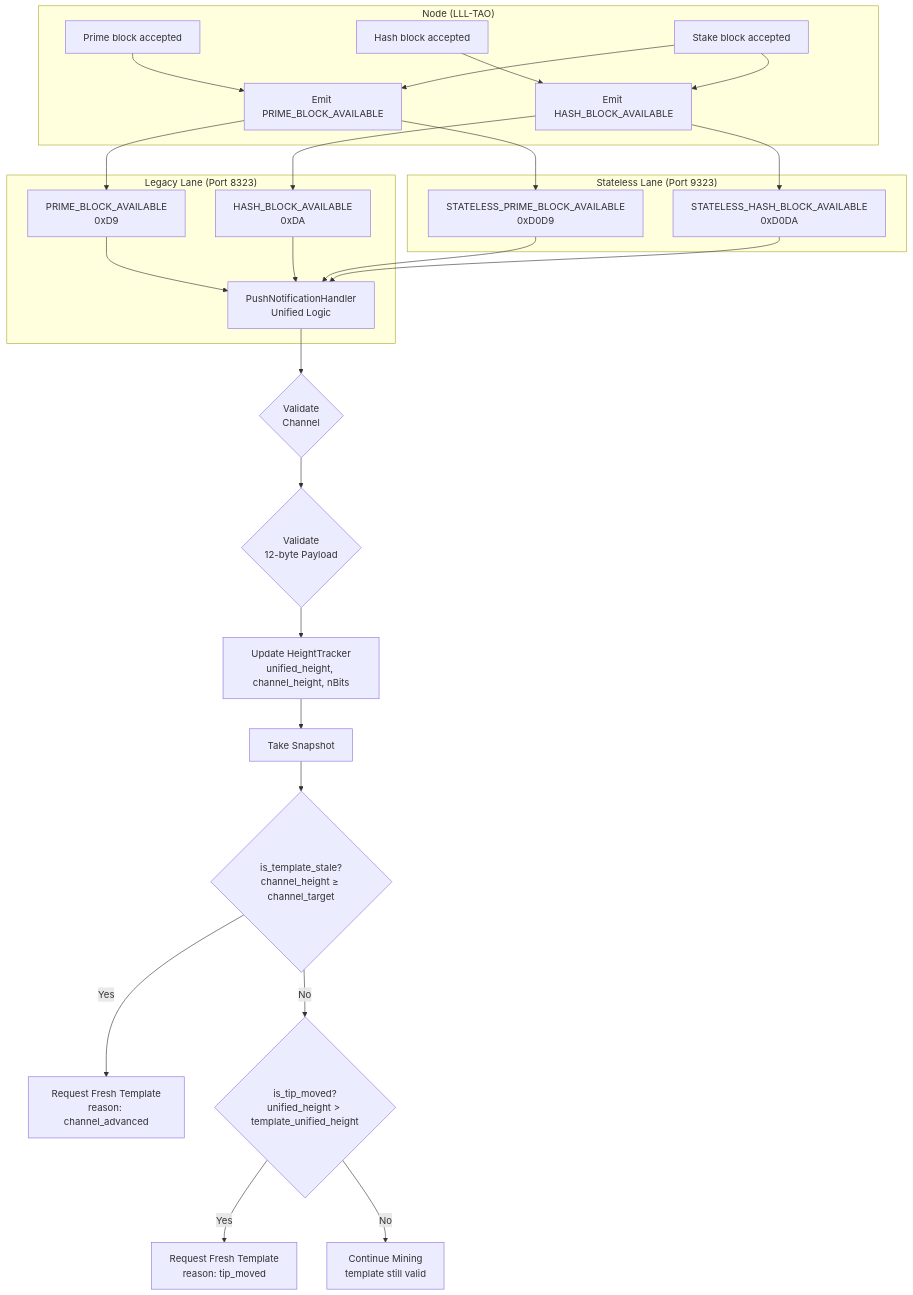
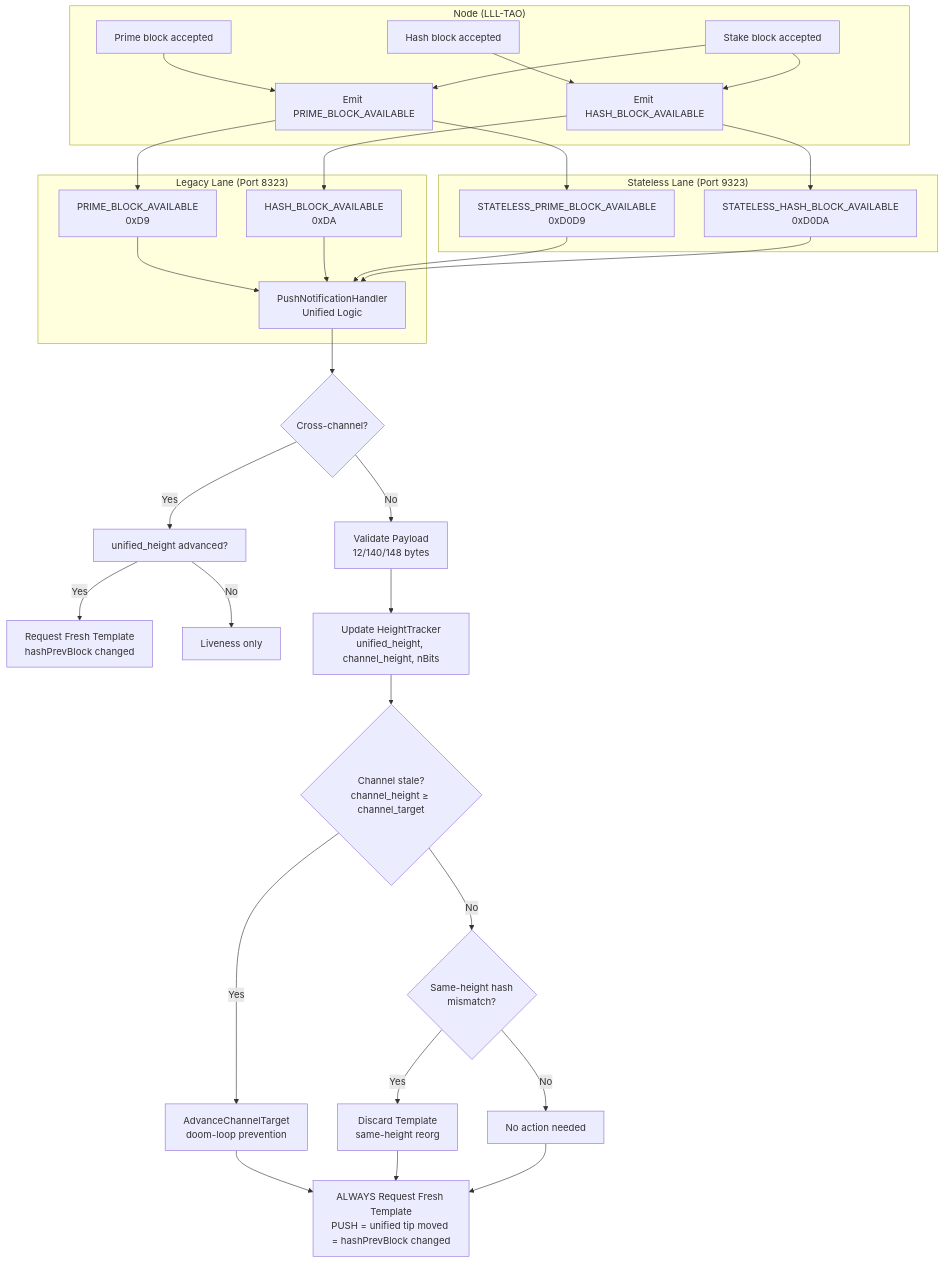
Before and after one commit to NamecoinGithub/NexusMiner: the diagram in docs/diagrams/unified-push-architecture.md, drawn with Mermaid. The commit also changed other lines of this file and 5 other files, not shown here.

First line of the commit message:
Remove dead constants, update documentation for unified-height-driven model

````diff
--- a/docs/diagrams/unified-push-architecture.md
+++ b/docs/diagrams/unified-push-architecture.md
@@ -9,34 +10,39 @@
 ```mermaid
 graph TB
     subgraph "Node (LLL-TAO)"
         NP[Prime block accepted] --> EP[Emit PRIME_BLOCK_AVAILABLE]
         NH[Hash block accepted]  --> EH[Emit HASH_BLOCK_AVAILABLE]
         NS[Stake block accepted] --> EP
         NS --> EH
     end
 
     subgraph "Legacy Lane (Port 8323)"
         L1[PRIME_BLOCK_AVAILABLE<br/>0xD9] --> UH
         L2[HASH_BLOCK_AVAILABLE<br/>0xDA] --> UH
     end
 
     subgraph "Stateless Lane (Port 9323)"
         S1[STATELESS_PRIME_BLOCK_AVAILABLE<br/>0xD0D9] --> UH
         S2[STATELESS_HASH_BLOCK_AVAILABLE<br/>0xD0DA] --> UH
     end
 
     EP --> L1
     EH --> L2
     EP --> S1
     EH --> S2
 
-    UH[PushNotificationHandler<br/>Unified Logic] --> V1{Validate<br/>Channel}
-    V1 --> V2{Validate<br/>12-byte Payload}
-    V2 --> HT[Update HeightTracker<br/>unified_height, channel_height, nBits]
-    HT --> SNAP[Take Snapshot]
-    SNAP --> C1{is_template_stale?<br/>channel_height ≥ channel_target}
-    C1 -->|Yes| R1[Request Fresh Template<br/>reason: channel_advanced]
-    C1 -->|No| C2{is_tip_moved?<br/>unified_height > template_unified_height}
-    C2 -->|Yes| R2[Request Fresh Template<br/>reason: tip_moved]
-    C2 -->|No| M[Continue Mining<br/>template still valid]
+    UH[PushNotificationHandler<br/>Unified Logic] --> CC{Cross-channel?}
+    CC -->|Yes| XC[unified_height advanced?]
+    XC -->|Yes| RX[Request Fresh Template<br/>hashPrevBlock changed]
+    XC -->|No| LV[Liveness only]
+    CC -->|No| VP[Validate Payload<br/>12/140/148 bytes]
+    VP --> HT[Update HeightTracker<br/>unified_height, channel_height, nBits]
+    HT --> CS{Channel stale?<br/>channel_height ≥ channel_target}
+    CS -->|Yes| AT[AdvanceChannelTarget<br/>doom-loop prevention]
+    CS -->|No| SH{Same-height hash<br/>mismatch?}
+    SH -->|Yes| DT[Discard Template<br/>same-height reorg]
+    SH -->|No| OK[No action needed]
+    AT --> RW[ALWAYS Request Fresh Template<br/>PUSH = unified tip moved = hashPrevBlock changed]
+    DT --> RW
+    OK --> RW
 ```
````
